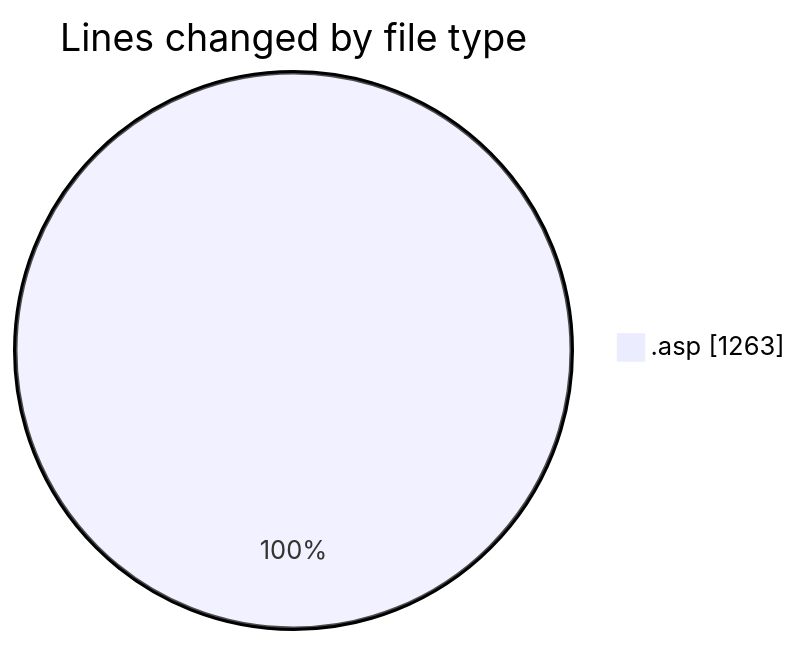
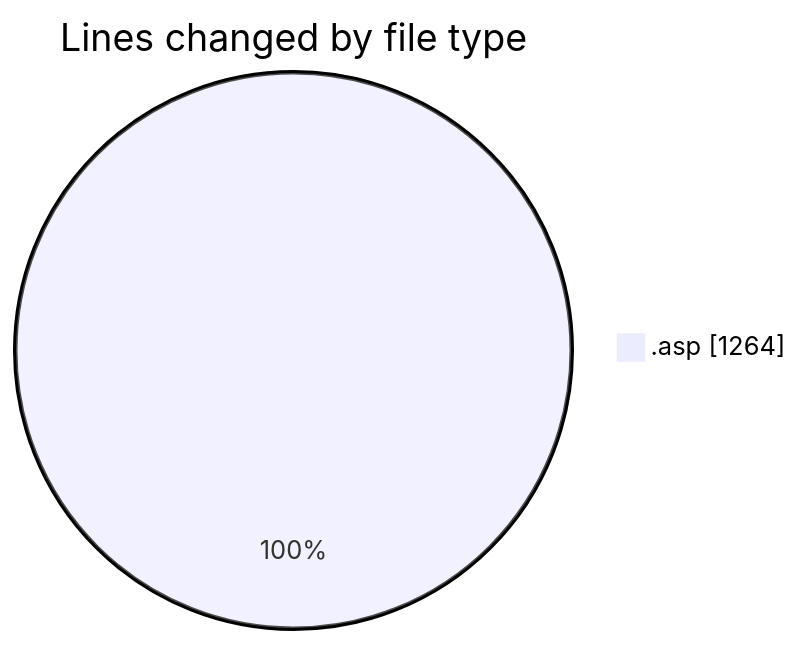
The first of 2 diagrams in 2025-10-28/usr_aleoudev_fr__workspace_/README.md (julien-gomy/code-tracking), drawn with Mermaid before and after one commit. The commit also changed other lines of this file and 1 other file, not shown here.

````diff
--- a/2025-10-28/usr_aleoudev_fr__workspace_/README.md
+++ b/2025-10-28/usr_aleoudev_fr__workspace_/README.md
@@ -25,5 +25,5 @@
 ```mermaid
 pie showData
 title Lines changed by file type
-".asp" : 1263
+".asp" : 1264
 ```
````
